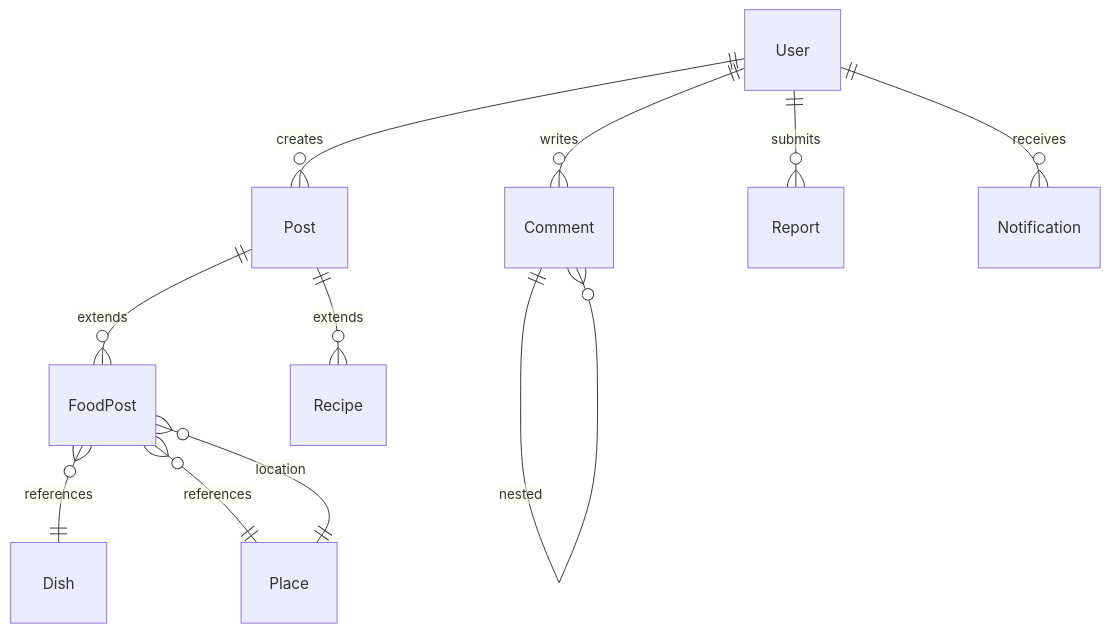
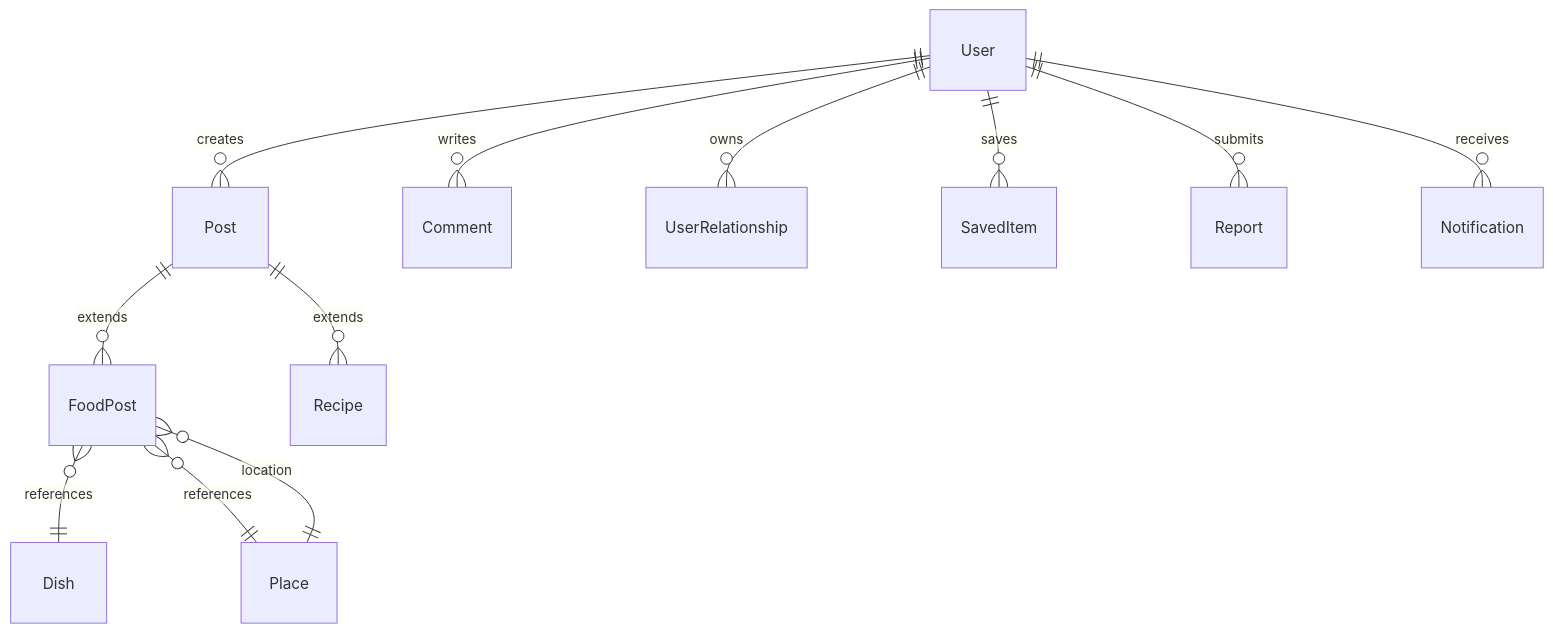
The diagram in docs/project-discovery/07_domain_model.md (NCHzzz/FoodSocial), drawn with Mermaid before and after one commit. The commit also changed other lines of this file and 266 other files, not shown here.

````diff
--- a/docs/project-discovery/07_domain_model.md
+++ b/docs/project-discovery/07_domain_model.md
@@ -197,13 +224,14 @@
 ```mermaid
 erDiagram
     User ||--o{ Post : creates
     User ||--o{ Comment : writes
+    User ||--o{ UserRelationship : owns
+    User ||--o{ SavedItem : saves
     User ||--o{ Report : submits
     User ||--o{ Notification : receives
     Post ||--o{ FoodPost : extends
     Post ||--o{ Recipe : extends
     FoodPost }o--|| Dish : references
     FoodPost }o--|| Place : references
-    Comment ||--o{ Comment : nested
     Place ||--o{ FoodPost : location
 ```
````
